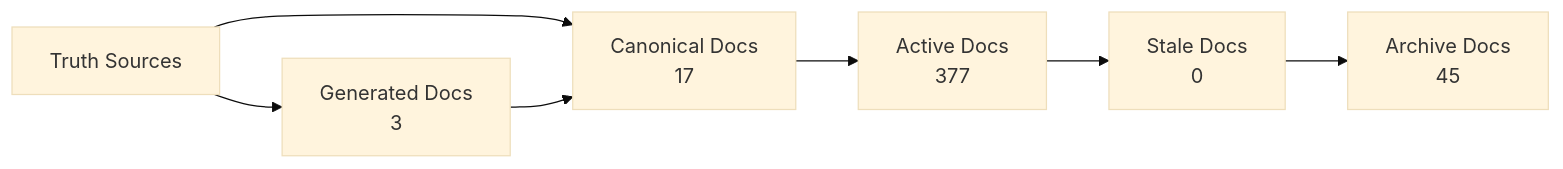
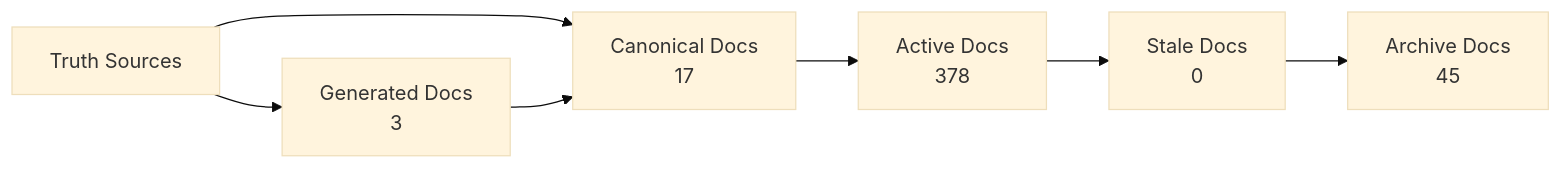
Before and after one commit to Latimer-Woods-Tech/Factory: the diagram in docs/_generated/docs-trust-map.md, drawn with Mermaid (base theme). The commit also changed 4 other files, not shown here.

````diff
--- a/docs/_generated/docs-trust-map.md
+++ b/docs/_generated/docs-trust-map.md
@@ -20,14 +20,14 @@
 ```mermaid
 flowchart LR
   truth["Truth Sources"] --> canonical["Canonical Docs"]
   canonical --> active["Active Docs"]
   active --> stale["Stale Docs"]
   stale --> archive["Archive Docs"]
   canonical["Canonical Docs\n17"]
-  active["Active Docs\n377"]
+  active["Active Docs\n378"]
   stale["Stale Docs\n0"]
   archive["Archive Docs\n45"]
   generated["Generated Docs\n3"]
   truth --> generated
   generated --> canonical
 ```
````
